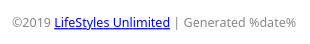
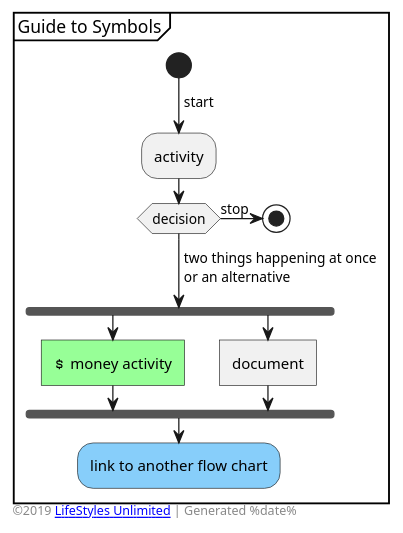
Before and after one commit to toddmo/lifestylesunlimited: the diagram in footer.iuml, drawn with PlantUML. The commit also changed 2 other files, not shown here.

```diff
--- a/footer.iuml
+++ b/footer.iuml
@@ -1,7 +1,26 @@
 @startuml footer
+
+partition "Guide to Symbols" {
+	start
+	->start;
+	:activity;
+	if(decision) 
+	else
+		->stop;
+		stop
+	endif
+	->two things happening at once
+	or an alternative;
+	fork
+		#PHYSICAL:<&dollar> money activity]
+	fork again
+		:document]
+	end fork
+	#LightSkyBlue:link to another flow chart;
+}
 
 left footer 
 	©2019 [[http://www.lifestylesunlimited.com LifeStyles Unlimited]] | Generated %date%
 endfooter
 
 @enduml
```
